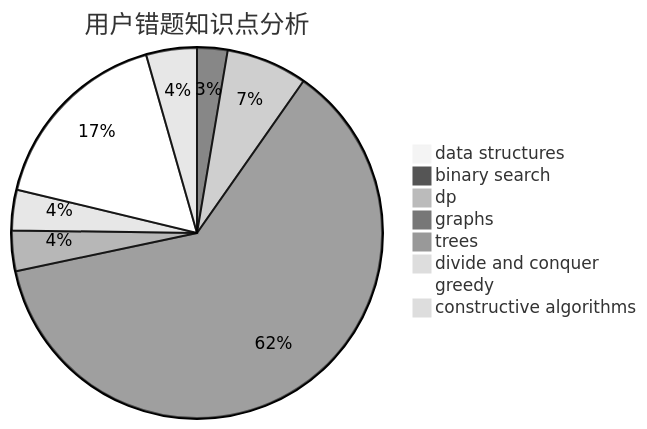
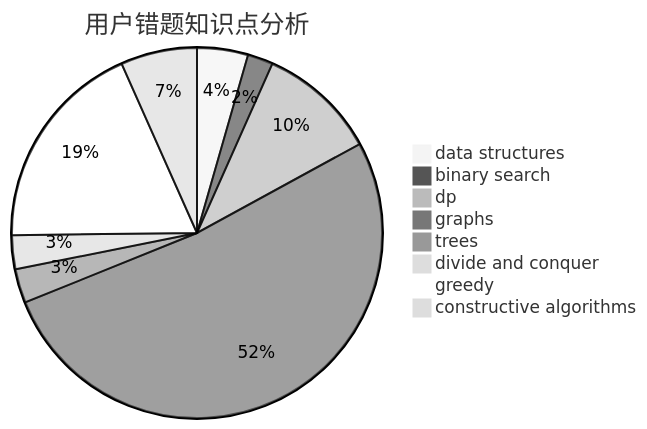
The third of 3 diagrams in docs/user/u852.md (sherpahu/cfrs.github.io), drawn with Mermaid (neutral theme) before and after one commit. The commit also changed other lines of this file and 2770 other files, not shown here.

````diff
--- a/docs/user/u852.md
+++ b/docs/user/u852.md
@@ -36,11 +36,11 @@
 ```mermaid
 pie title 用户错题知识点分析
-    "data structures" :  0
+    "data structures" :  6
     "binary search" :  3
-    "dp" :  8
+    "dp" :  14
     "graphs" :  70
     "trees" :  4
     "divide and conquer" :  4
-    "greedy" :  19
-    "constructive algorithms" :  5
+    "greedy" :  25
+    "constructive algorithms" :  9
 ```
````
